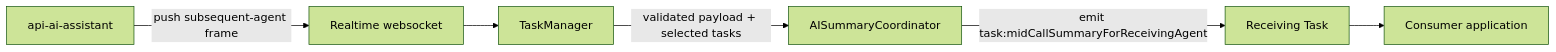
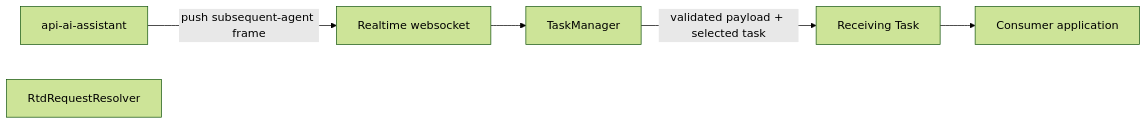
The ninth of 10 diagrams in packages/@webex/contact-center/src/services/task/ai-docs/ARCHITECTURE.md (webex/webex-js-sdk), drawn with Mermaid (forest theme) before and after one commit. The commit also changed other lines of this file and 32 other files, not shown here.

````diff
--- a/packages/@webex/contact-center/src/services/task/ai-docs/ARCHITECTURE.md
+++ b/packages/@webex/contact-center/src/services/task/ai-docs/ARCHITECTURE.md
@@ -527,15 +528,14 @@
 ```mermaid
 flowchart LR
   Backend[api-ai-assistant]
   RTD[Realtime websocket]
   TM[TaskManager]
-  Coord[AISummaryCoordinator]
+  Resolver[RtdRequestResolver]
   Task[Receiving Task]
   App[Consumer application]
 
   Backend -->|push subsequent-agent frame| RTD
   RTD --> TM
-  TM -->|validated payload + selected tasks| Coord
-  Coord -->|emit task:midCallSummaryForReceivingAgent| Task
+  TM -->|validated payload + selected task| Task
   Task --> App
 ```
````
